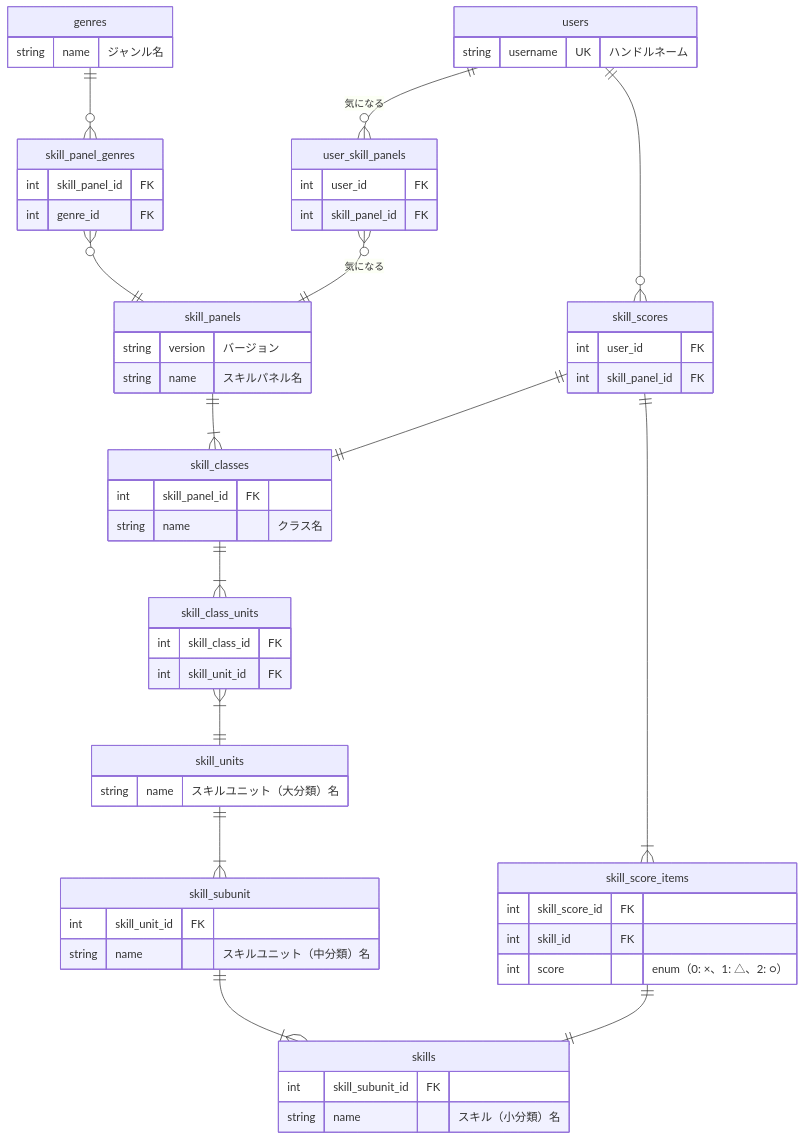
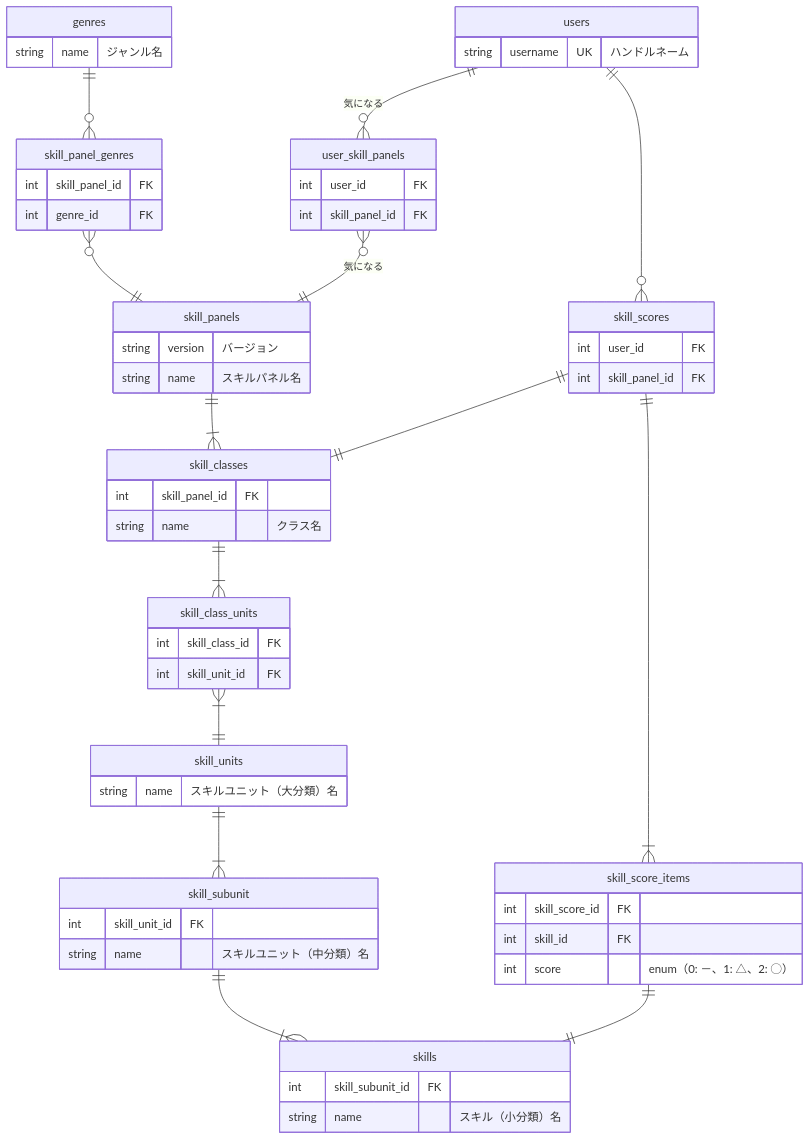
The second of 2 diagrams in docs/conceptual_schemas/skills.md (bright-org/bright), drawn with Mermaid before and after one commit. The commit also changed other lines of this file, not shown here.

Commit message:
docs: fix "評価データ" to "スキルスコア" at conceptual schema for skills

````diff
--- a/docs/conceptual_schemas/skills.md
+++ b/docs/conceptual_schemas/skills.md
@@ -41,74 +41,74 @@
 ```mermaid
 erDiagram
   skill_panels ||--|{ skill_classes : ""
   skill_classes ||--|{ skill_class_units : ""
   skill_class_units }|--|| skill_units : ""
   skill_units ||--|{ skill_subunit : ""
   skill_subunit ||--|{ skills : ""
   genres ||--o{ skill_panel_genres : ""
   skill_panel_genres }o--|| skill_panels : ""
   users ||--o{ user_skill_panels : "気になる"
   user_skill_panels }o--|| skill_panels : "気になる"
   users ||--o{ skill_scores : ""
   skill_scores ||--|| skill_classes : ""
   skill_scores ||--|{ skill_score_items : ""
   skill_score_items ||--|| skills : ""
 
   skill_panels {
     string version "バージョン"
     string name "スキルパネル名"
   }
 
   skill_classes {
     int skill_panel_id FK
     string name "クラス名"
   }
 
   skill_class_units {
     int skill_class_id FK
     int skill_unit_id FK
   }
 
   skill_units {
     string name "スキルユニット（大分類）名"
   }
 
   skill_subunit {
     int skill_unit_id FK
     string name "スキルユニット（中分類）名"
   }
 
   skills {
     int skill_subunit_id FK
     string name "スキル（小分類）名"
   }
 
   genres {
     string name "ジャンル名"
   }
 
   skill_panel_genres {
     int skill_panel_id FK
     int genre_id FK
   }
 
   users {
     string username UK "ハンドルネーム"
   }
 
   user_skill_panels {
     int user_id FK
     int skill_panel_id FK
   }
 
   skill_scores {
     int user_id FK
     int skill_panel_id FK
   }
 
   skill_score_items {
     int skill_score_id FK
     int skill_id FK
-    int score "enum（0: ×、1: △、2: ○）"
+    int score "enum（0: －、1: △、2: ◯）"
   }
 ```
````
